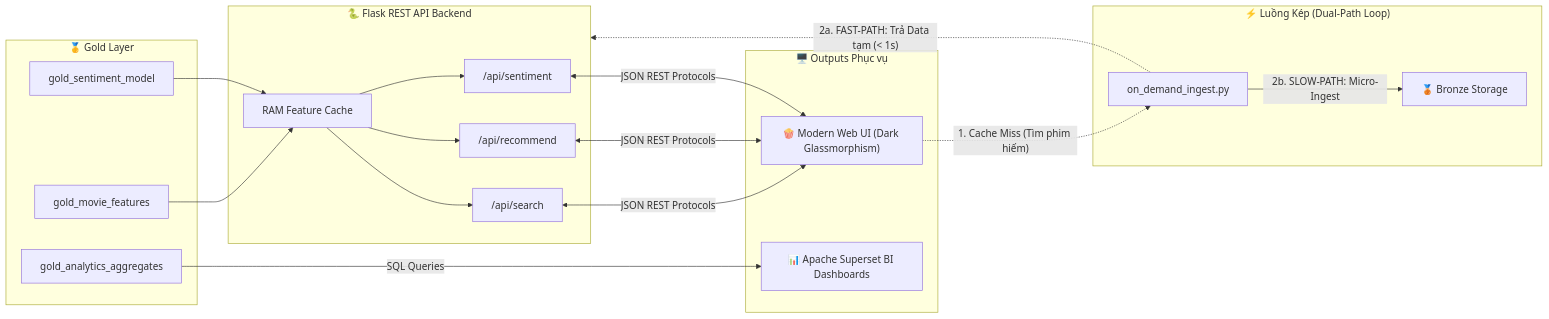
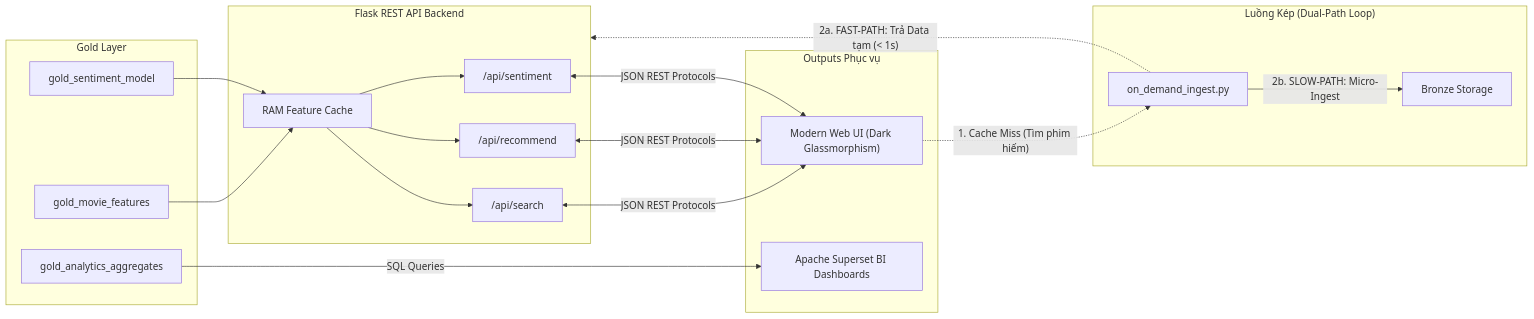
Before and after one commit to tuanh250105/movie-data-platform: the fifth of 5 diagrams in docs/so_do_kien_truc_chi_tiet.md, drawn with Mermaid. The commit also changed other lines of this file, not shown here.

Commit message:
docs: Remove all emojis and icons from architecture diagrams

````diff
--- a/docs/so_do_kien_truc_chi_tiet.md
+++ b/docs/so_do_kien_truc_chi_tiet.md
@@ -171,33 +171,33 @@
 ```mermaid
 flowchart LR
-    subgraph Gold_Store ["🥇 Gold Layer"]
+    subgraph Gold_Store ["Gold Layer"]
         G_Feat["gold_movie_features"]
         G_Sent["gold_sentiment_model"]
         G_Mart["gold_analytics_aggregates"]
     end
 
-    subgraph Flask_Backend ["🐍 Flask REST API Backend"]
+    subgraph Flask_Backend ["Flask REST API Backend"]
         CacheRAM["RAM Feature Cache"]
         SearchAPI["/api/search"]
         RecAPI["/api/recommend"]
         SentAPI["/api/sentiment"]
     end
 
-    subgraph Serving_Outputs ["🖥️ Outputs Phục vụ"]
-        WebUI["🍿 Modern Web UI (Dark Glassmorphism)"]
-        Superset["📊 Apache Superset BI Dashboards"]
+    subgraph Serving_Outputs ["Outputs Phục vụ"]
+        WebUI["Modern Web UI (Dark Glassmorphism)"]
+        Superset["Apache Superset BI Dashboards"]
     end
 
-    subgraph Fast_Slow_Loop ["⚡ Luồng Kép (Dual-Path Loop)"]
+    subgraph Fast_Slow_Loop ["Luồng Kép (Dual-Path Loop)"]
         OnDemand["on_demand_ingest.py"]
-        Bronze_CSV["🥉 Bronze Storage"]
+        Bronze_CSV["Bronze Storage"]
     end
 
     G_Feat & G_Sent --> CacheRAM --> SearchAPI & RecAPI & SentAPI
     SearchAPI & RecAPI & SentAPI <-->|"JSON REST Protocols"| WebUI
     G_Mart -->|"SQL Queries"| Superset
 
     WebUI -. "1. Cache Miss (Tìm phim hiếm)" .-> OnDemand
     OnDemand -. "2a. FAST-PATH: Trả Data tạm (< 1s)" .-> Flask_Backend
     OnDemand -->|"2b. SLOW-PATH: Micro-Ingest"| Bronze_CSV
 ```
````
